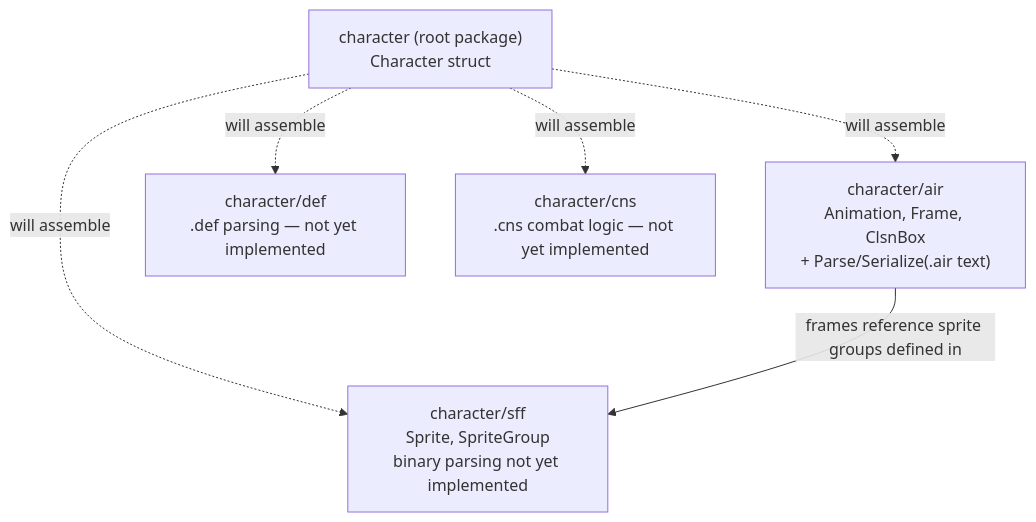
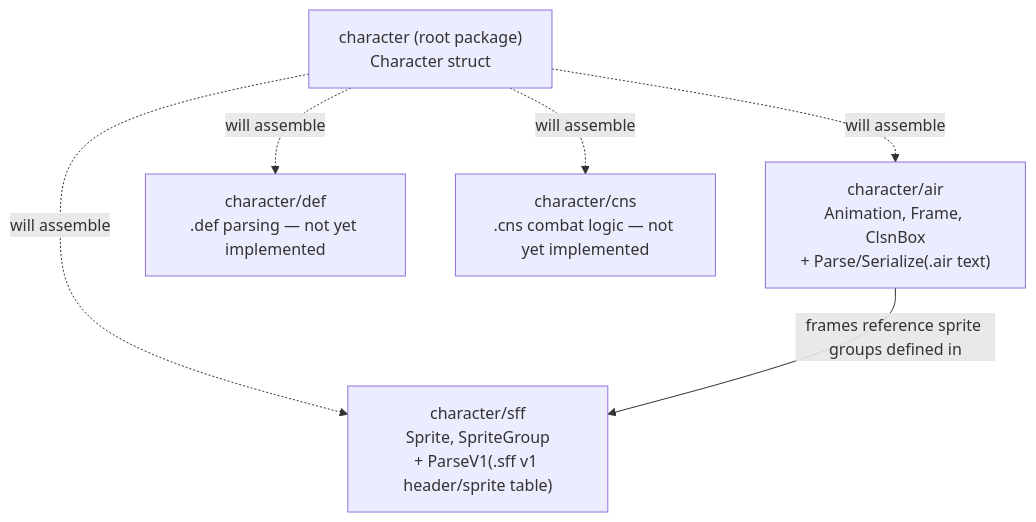
One commit to openkakutou/character changed the diagram in docs/architecture.md. Above: the diagram before and after it, drawn with Mermaid. The commit also changed other lines of this file and 12 other files, not shown here.

Commit message:
feat: .sff v1 sprite sheet files can now have their header and sprite index table read, resolving each sprite's (group, image) key to where its image data lives in the file; malformed or truncated files report a descriptive error instead of crashing

````diff
--- a/docs/architecture.md
+++ b/docs/architecture.md
@@ -11,14 +11,14 @@
 ```mermaid
 graph TD
     root["character (root package)<br/>Character struct"]
     air["character/air<br/>Animation, Frame, ClsnBox<br/>+ Parse/Serialize(.air text)"]
     def["character/def<br/>.def parsing — not yet implemented"]
-    sff["character/sff<br/>Sprite, SpriteGroup<br/>binary parsing not yet implemented"]
+    sff["character/sff<br/>Sprite, SpriteGroup<br/>+ ParseV1(.sff v1 header/sprite table)"]
     cns["character/cns<br/>.cns combat logic — not yet implemented"]
 
     root -.->|will assemble| air
     root -.->|will assemble| def
     root -.->|will assemble| sff
     root -.->|will assemble| cns
     air -->|frames reference sprite groups defined in| sff
 ```
````
